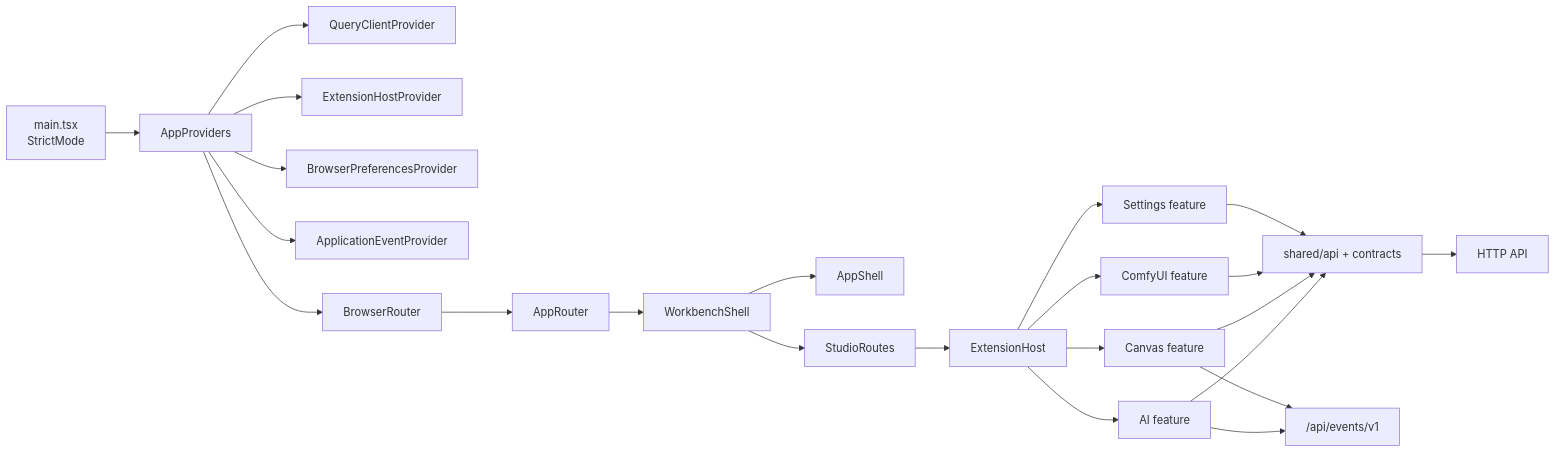
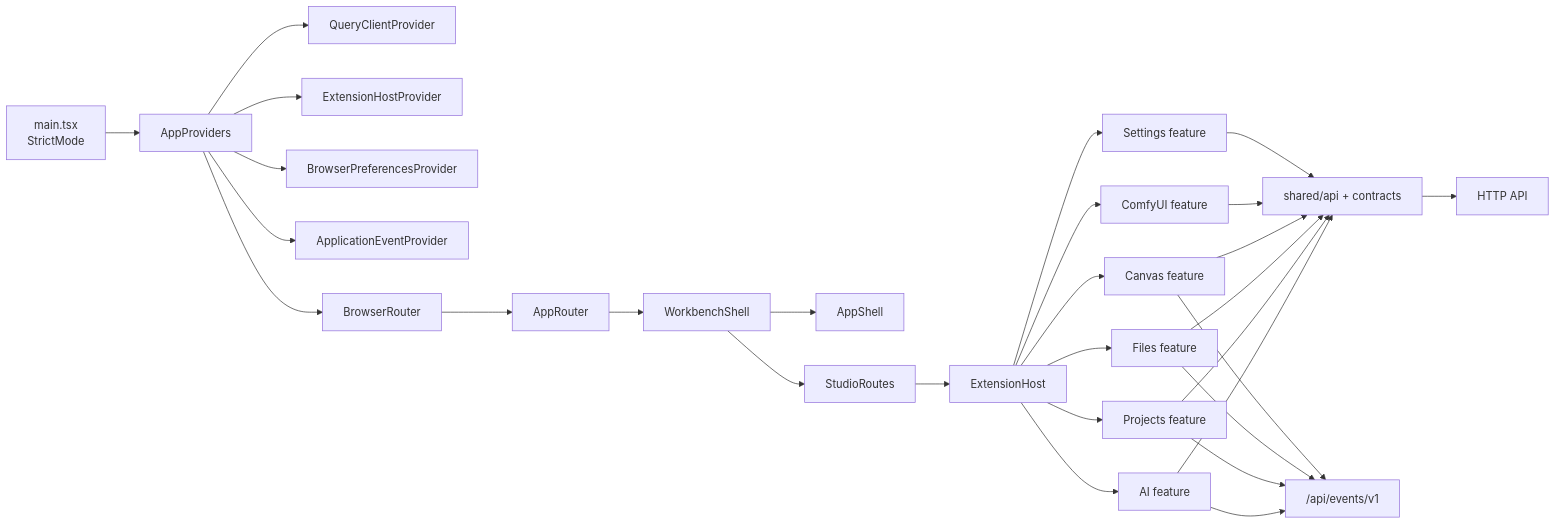
The first of 5 diagrams in docs/modules/frontend.md (fengwk/kk-studio), drawn with Mermaid before and after one commit. The commit also changed other lines of this file and 137 other files, not shown here.

````diff
--- a/docs/modules/frontend.md
+++ b/docs/modules/frontend.md
@@ -55,25 +55,31 @@
 ```mermaid
 flowchart LR
   Main["main.tsx<br/>StrictMode"] --> Providers["AppProviders"]
   Providers --> Query["QueryClientProvider"]
   Providers --> HostProvider["ExtensionHostProvider"]
   Providers --> BrowserPrefs["BrowserPreferencesProvider"]
   Providers --> Events["ApplicationEventProvider"]
   Providers --> Router["BrowserRouter"]
   Router --> AppRouter["AppRouter"]
   AppRouter --> Workbench["WorkbenchShell"]
   Workbench --> Shell["AppShell"]
   Workbench --> Routes["StudioRoutes"]
   Routes --> Host["ExtensionHost"]
   Host --> AI["AI feature"]
+  Host --> Projects["Projects feature"]
+  Host --> Files["Files feature"]
   Host --> Canvas["Canvas feature"]
   Host --> Comfy["ComfyUI feature"]
   Host --> Settings["Settings feature"]
   AI --> API["shared/api + contracts"]
+  Projects --> API
+  Files --> API
   Canvas --> API
   Comfy --> API
   Settings --> API
   AI --> WS["/api/events/v1"]
+  Projects --> WS
+  Files --> WS
   Canvas --> WS
   API --> Backend["HTTP API"]
 ```
````
